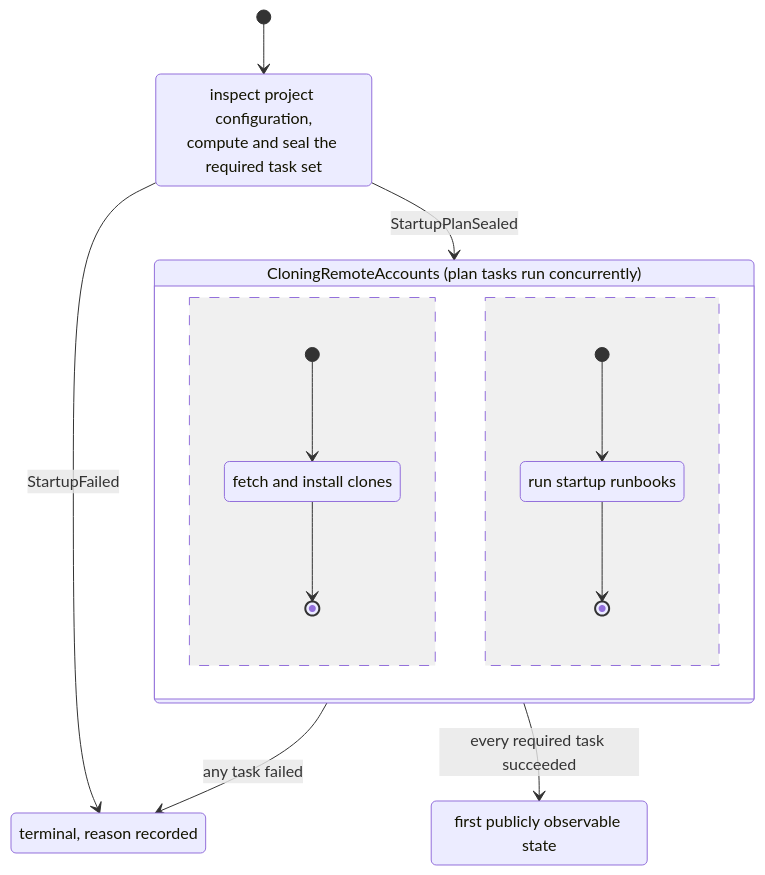
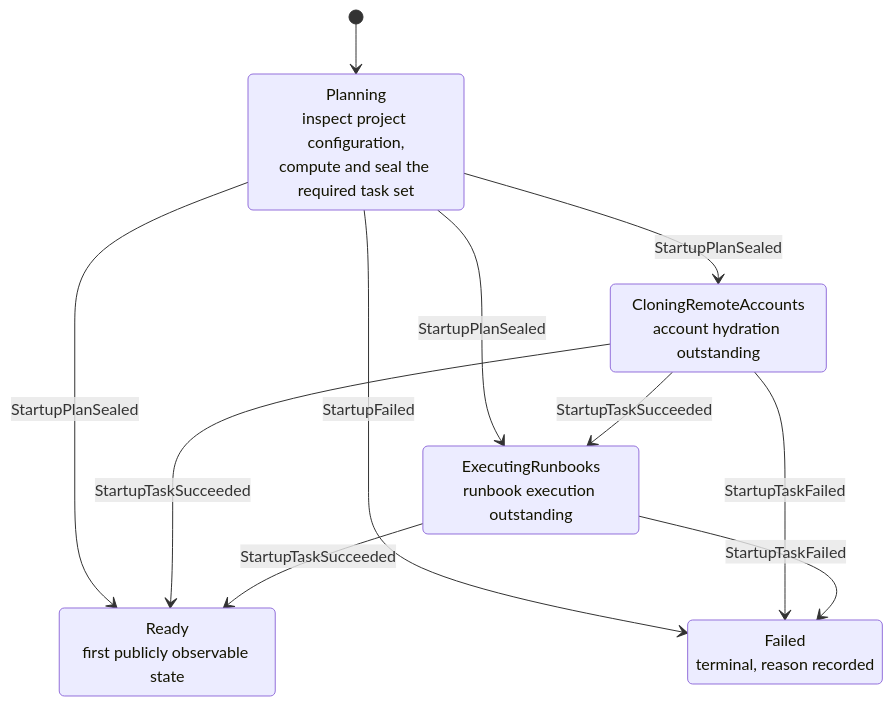
The diagram in crates/types/src/startup-lifecycle.md (solana-foundation/surfpool), drawn with Mermaid before and after one commit. The commit also changed other lines of this file and 2 other files, not shown here.

Commit message:
feat(types): generate the startup lifecycle diagram from the sweep
 - fix drift in the hand-authored diagram: it omitted Planning to Ready
   for an empty sealed plan, Planning to ExecutingRunbooks for a
   runbooks-only plan, and CloningRemoteAccounts to ExecutingRunbooks;
   all three transitions already appeared in the observed table beside
   it

 - record every accepted phase transition with the events that produce
   it, then render the diagram from those observations as a generated
   block checked and regenerated alongside the tables

 - lead each node label with its phase name; a Mermaid description
   otherwise replaces the displayed node id

 - keep per-phase annotations authored, like the meaning attached to a
   projection row; keep the concurrency story in prose

 - re-render the SVG now that its Mermaid source has changed

````diff
--- a/crates/types/src/startup-lifecycle.md
+++ b/crates/types/src/startup-lifecycle.md
@@ -16,23 +19,18 @@
 ```mermaid
 stateDiagram-v2
     [*] --> Planning
-    Planning : inspect project configuration,<br/>compute and seal the required task set
+    Planning : Planning<br/>inspect project configuration,<br/>compute and seal the required task set
     Planning --> CloningRemoteAccounts : StartupPlanSealed
+    Planning --> ExecutingRunbooks : StartupPlanSealed
+    Planning --> Ready : StartupPlanSealed
     Planning --> Failed : StartupFailed
-
-    state "CloningRemoteAccounts (plan tasks run concurrently)" as CloningRemoteAccounts {
-        [*] --> Hydrating
-        Hydrating : fetch and install clones
-        Hydrating --> [*]
-        --
-        [*] --> ExecutingRunbooks
-        ExecutingRunbooks : run startup runbooks
-        ExecutingRunbooks --> [*]
-    }
-
-    CloningRemoteAccounts --> Ready : every required task succeeded
-    CloningRemoteAccounts --> Failed : any task failed
-
-    Ready : first publicly observable state
-    Failed : terminal, reason recorded
+    CloningRemoteAccounts : CloningRemoteAccounts<br/>account hydration outstanding
+    CloningRemoteAccounts --> ExecutingRunbooks : StartupTaskSucceeded
+    CloningRemoteAccounts --> Ready : StartupTaskSucceeded
+    CloningRemoteAccounts --> Failed : StartupTaskFailed
+    ExecutingRunbooks : ExecutingRunbooks<br/>runbook execution outstanding
+    ExecutingRunbooks --> Ready : StartupTaskSucceeded
+    ExecutingRunbooks --> Failed : StartupTaskFailed
+    Ready : Ready<br/>first publicly observable state
+    Failed : Failed<br/>terminal, reason recorded
 ```
````
